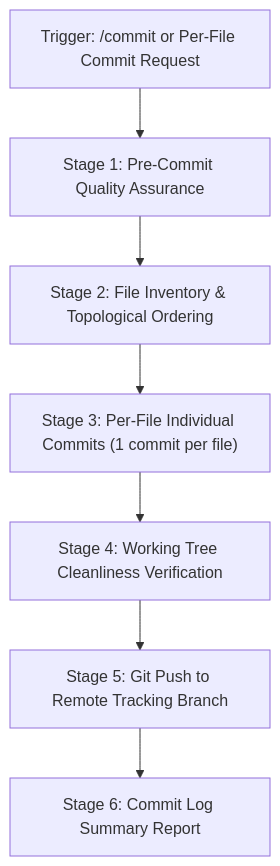
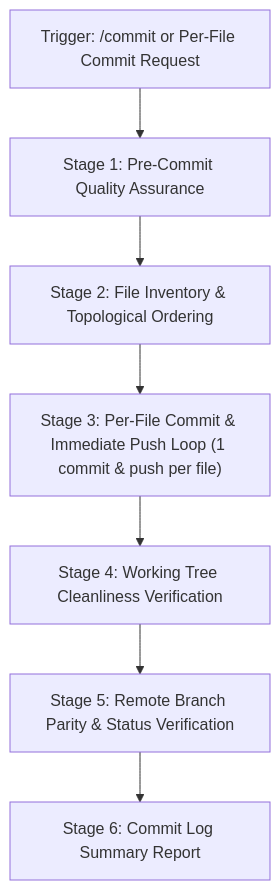
Before and after one commit to RajatSharma404/DSA-Tracker: the diagram in .agents/skills/commit/SKILL.md, drawn with Mermaid. The commit also changed other lines of this file, not shown here.

Commit message:
feat(skills): upgrade commit skill to immediately push each file individually for GitHub visibility

````diff
--- a/.agents/skills/commit/SKILL.md
+++ b/.agents/skills/commit/SKILL.md
@@ -17,9 +17,9 @@
 ```mermaid
 graph TD
   A["Trigger: /commit or Per-File Commit Request"] --> B["Stage 1: Pre-Commit Quality Assurance"]
   B --> C["Stage 2: File Inventory & Topological Ordering"]
-  C --> D["Stage 3: Per-File Individual Commits (1 commit per file)"]
+  C --> D["Stage 3: Per-File Commit & Immediate Push Loop (1 commit & push per file)"]
   D --> E["Stage 4: Working Tree Cleanliness Verification"]
-  E --> F["Stage 5: Git Push to Remote Tracking Branch"]
+  E --> F["Stage 5: Remote Branch Parity & Status Verification"]
   F --> G["Stage 6: Commit Log Summary Report"]
 ```
````
